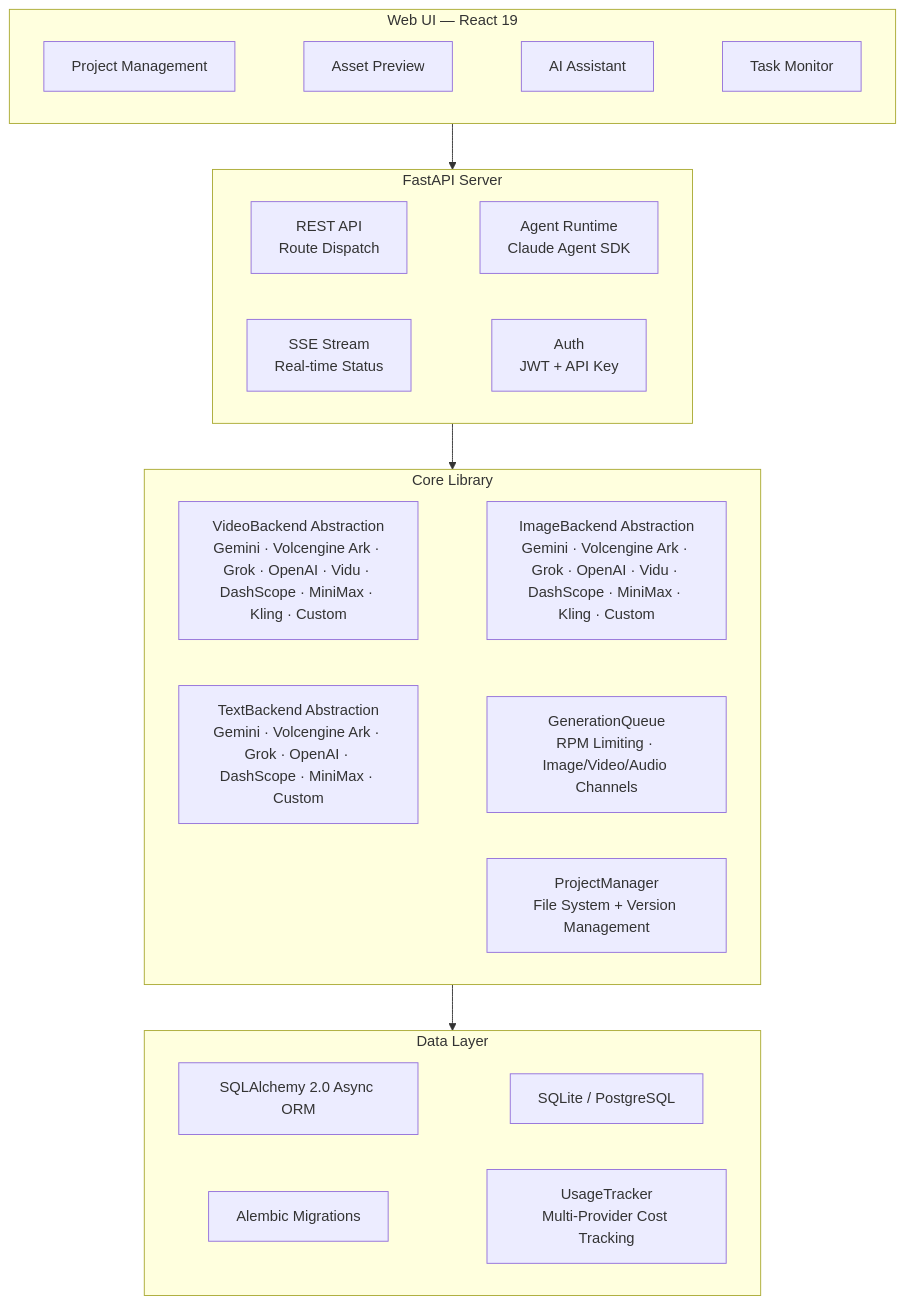
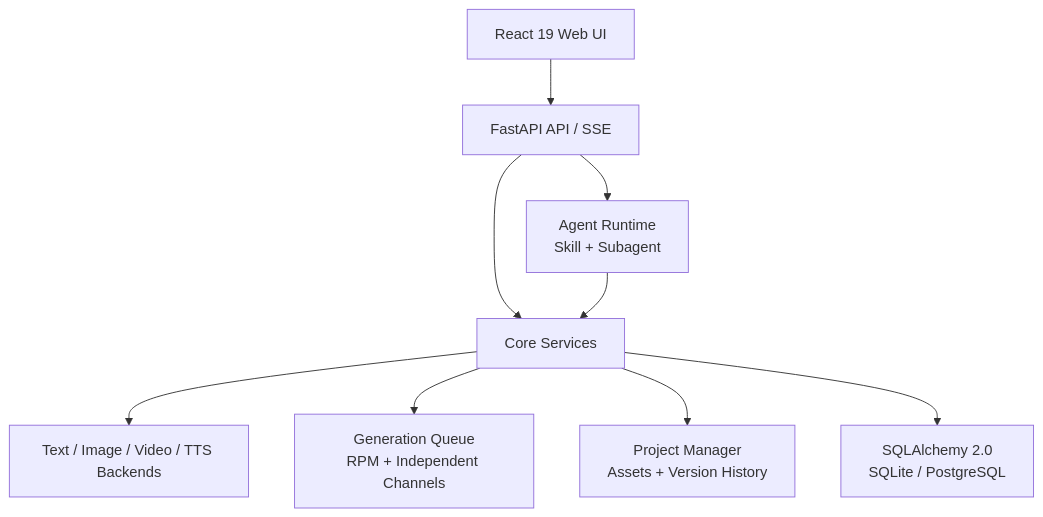
The second of 2 diagrams in README.en.md (ArcReel/ArcReel), drawn with Mermaid before and after one commit. The commit also changed other lines of this file and 9 other files, not shown here.

````diff
--- a/README.en.md
+++ b/README.en.md
@@ -234,24 +212,11 @@
 ```mermaid
 flowchart TB
-    subgraph UI["Web UI — React 19"]
-        U1["Project Management"] ~~~ U2["Asset Preview"] ~~~ U3["AI Assistant"] ~~~ U4["Task Monitor"]
-    end
-
-    subgraph Server["FastAPI Server"]
-        S1["REST API<br/>Route Dispatch"] ~~~ S2["Agent Runtime<br/>Claude Agent SDK"]
-        S3["SSE Stream<br/>Real-time Status"] ~~~ S4["Auth<br/>JWT + API Key"]
-    end
-
-    subgraph Core["Core Library"]
-        C1["VideoBackend Abstraction<br/>Gemini · Volcengine Ark · Grok · OpenAI · Vidu · DashScope · MiniMax · Kling · Custom"] ~~~ C2["ImageBackend Abstraction<br/>Gemini · Volcengine Ark · Grok · OpenAI · Vidu · DashScope · MiniMax · Kling · Custom"]
-        C5["TextBackend Abstraction<br/>Gemini · Volcengine Ark · Grok · OpenAI · DashScope · MiniMax · Custom"] ~~~ C3["GenerationQueue<br/>RPM Limiting · Image/Video/Audio Channels"]
-        C4["ProjectManager<br/>File System + Version Management"]
-    end
-
-    subgraph Data["Data Layer"]
-        D1["SQLAlchemy 2.0 Async ORM"] ~~~ D2["SQLite / PostgreSQL"]
-        D3["Alembic Migrations"] ~~~ D4["UsageTracker<br/>Multi-Provider Cost Tracking"]
-    end
-
-    UI --> Server --> Core --> Data
+    UI["React 19 Web UI"] --> API["FastAPI API / SSE"]
+    API --> AGENT["Agent Runtime<br/>Skill + Subagent"]
+    API --> CORE["Core Services"]
+    AGENT --> CORE
+    CORE --> PROVIDERS["Text / Image / Video / TTS Backends"]
+    CORE --> QUEUE["Generation Queue<br/>RPM + Independent Channels"]
+    CORE --> PROJECTS["Project Manager<br/>Assets + Version History"]
+    CORE --> DB["SQLAlchemy 2.0<br/>SQLite / PostgreSQL"]
 ```
````
